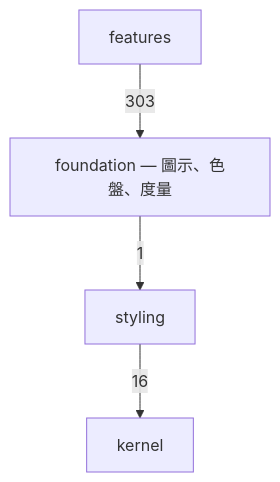
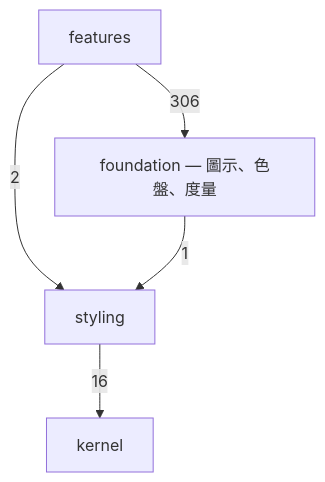
Before and after one commit to MiuDog/Kallopis: the first of 2 diagrams in spec/component-inventory.md, drawn with Mermaid. The commit also changed other lines of this file, not shown here.

````diff
--- a/spec/component-inventory.md
+++ b/spec/component-inventory.md
@@ -18,7 +18,8 @@
 ```mermaid
 graph TD
   foundation["foundation — 圖示、色盤、度量"]
-  features -->|303| foundation
+  features -->|306| foundation
   styling -->|16| kernel
+  features -->|2| styling
   foundation -->|1| styling
 ```
````
